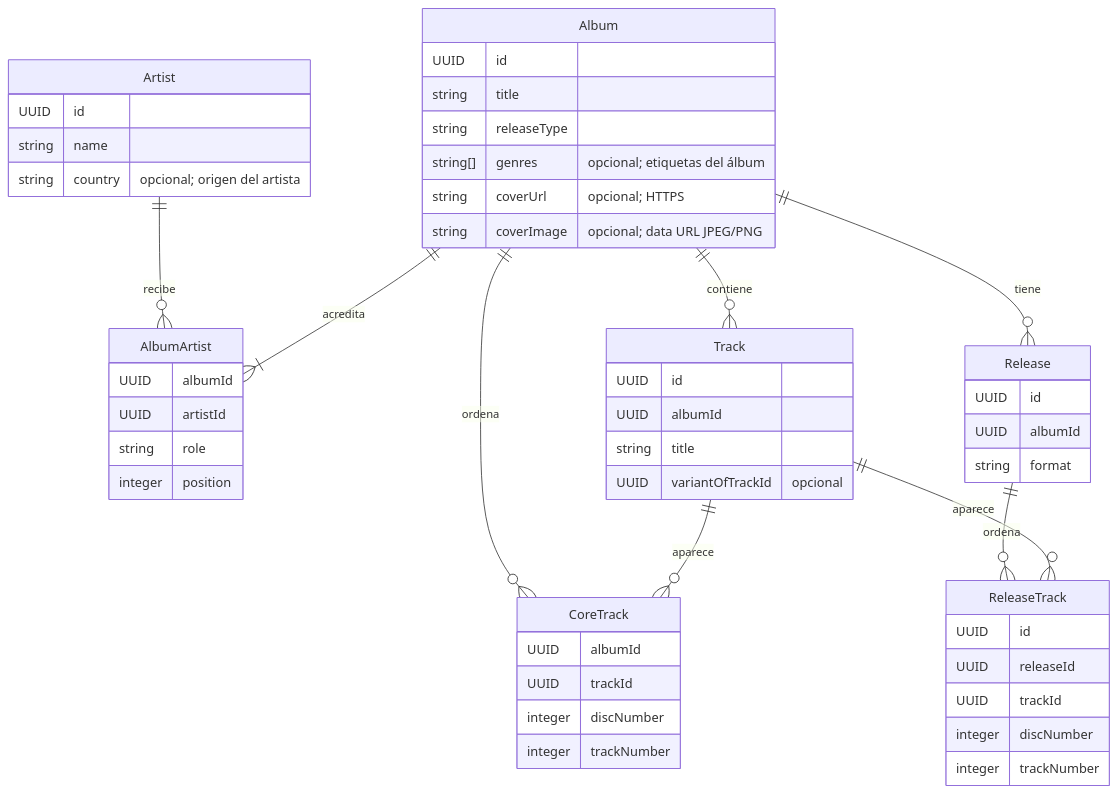
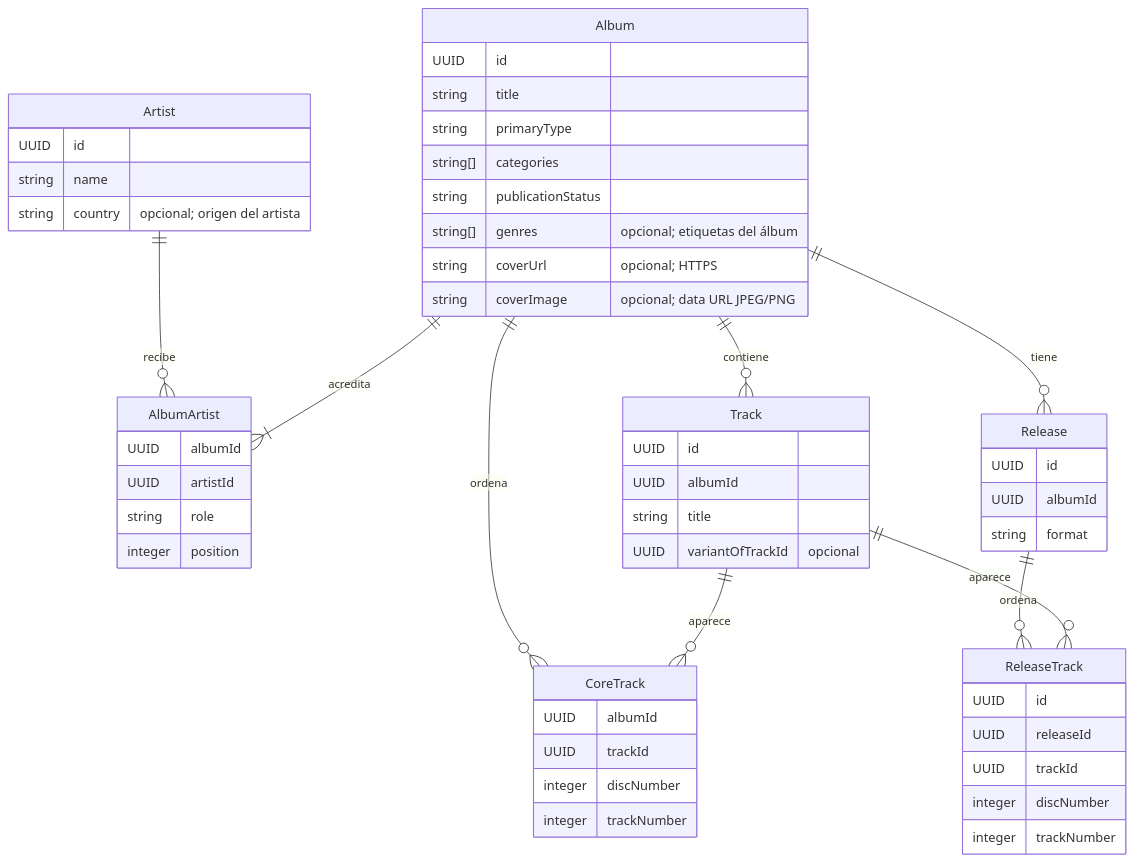
Before and after one commit to NicoCG32/Auditorium: the first of 6 diagrams in docs/MODELO_DOMINIO.md, drawn with Mermaid. The commit also changed other lines of this file and 68 other files, not shown here.

````diff
--- a/docs/MODELO_DOMINIO.md
+++ b/docs/MODELO_DOMINIO.md
@@ -35,55 +35,57 @@
 ```mermaid
 erDiagram
     Artist ||--o{ AlbumArtist : recibe
     Album ||--|{ AlbumArtist : acredita
     Album ||--o{ Track : contiene
     Album ||--o{ CoreTrack : ordena
     Track ||--o{ CoreTrack : aparece
     Album ||--o{ Release : tiene
     Release ||--o{ ReleaseTrack : ordena
     Track ||--o{ ReleaseTrack : aparece
 
     Artist {
         UUID id
         string name
         string country "opcional; origen del artista"
     }
     Album {
         UUID id
         string title
-        string releaseType
+        string primaryType
+        string[] categories
+        string publicationStatus
         string[] genres "opcional; etiquetas del álbum"
         string coverUrl "opcional; HTTPS"
         string coverImage "opcional; data URL JPEG/PNG"
     }
     AlbumArtist {
         UUID albumId
         UUID artistId
         string role
         integer position
     }
     Track {
         UUID id
         UUID albumId
         string title
         UUID variantOfTrackId "opcional"
     }
     CoreTrack {
         UUID albumId
         UUID trackId
         integer discNumber
         integer trackNumber
     }
     Release {
         UUID id
         UUID albumId
         string format
     }
     ReleaseTrack {
         UUID id
         UUID releaseId
         UUID trackId
         integer discNumber
         integer trackNumber
     }
 ```
````
